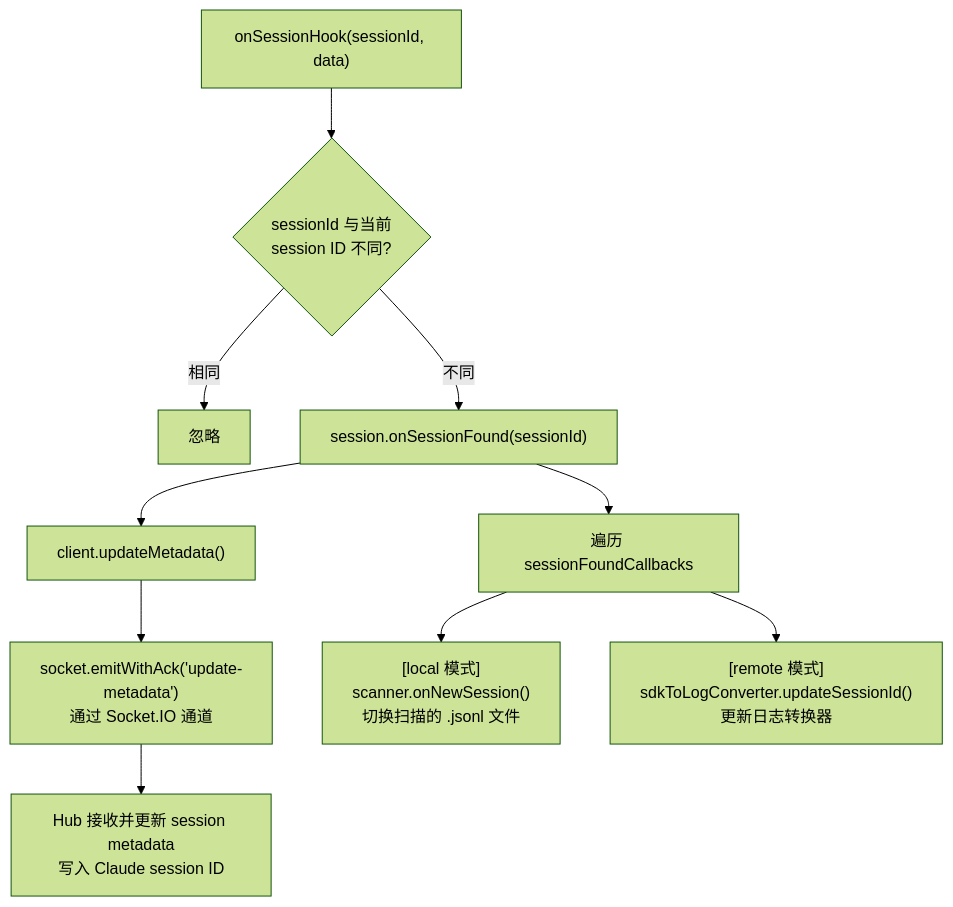
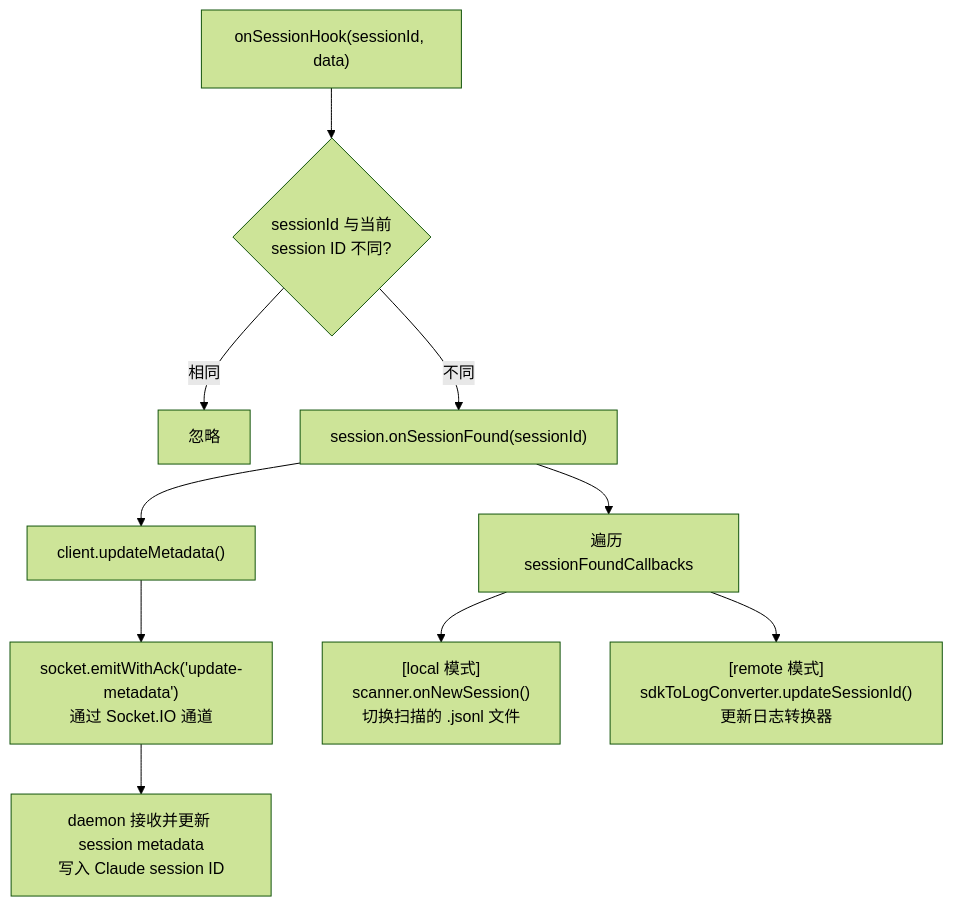
Before and after one commit to ModuBit/mobi: the third of 5 diagrams in docs/architecture/cli/commands/hook/README.md, drawn with Mermaid (forest theme). The commit also changed other lines of this file and 86 other files, not shown here.

````diff
--- a/docs/architecture/cli/commands/hook/README.md
+++ b/docs/architecture/cli/commands/hook/README.md
@@ -80,12 +80,12 @@
 ```mermaid
 flowchart TB
     Hook["onSessionHook(sessionId, data)"] --> Compare{"sessionId 与当前<br/>session ID 不同?"}
     Compare -->|相同| Ignore["忽略"]
     Compare -->|不同| Found["session.onSessionFound(sessionId)"]
     Found --> Update["client.updateMetadata()"]
     Update --> SocketIO["socket.emitWithAck('update-metadata')<br/>通过 Socket.IO 通道"]
-    SocketIO --> Hub["Hub 接收并更新 session metadata<br/>写入 Claude session ID"]
+    SocketIO --> daemon["daemon 接收并更新 session metadata<br/>写入 Claude session ID"]
     Found --> Callbacks["遍历 sessionFoundCallbacks"]
     Callbacks --> Local["[local 模式]<br/>scanner.onNewSession()<br/>切换扫描的 .jsonl 文件"]
     Callbacks --> Remote["[remote 模式]<br/>sdkToLogConverter.updateSessionId()<br/>更新日志转换器"]
 ```
````
